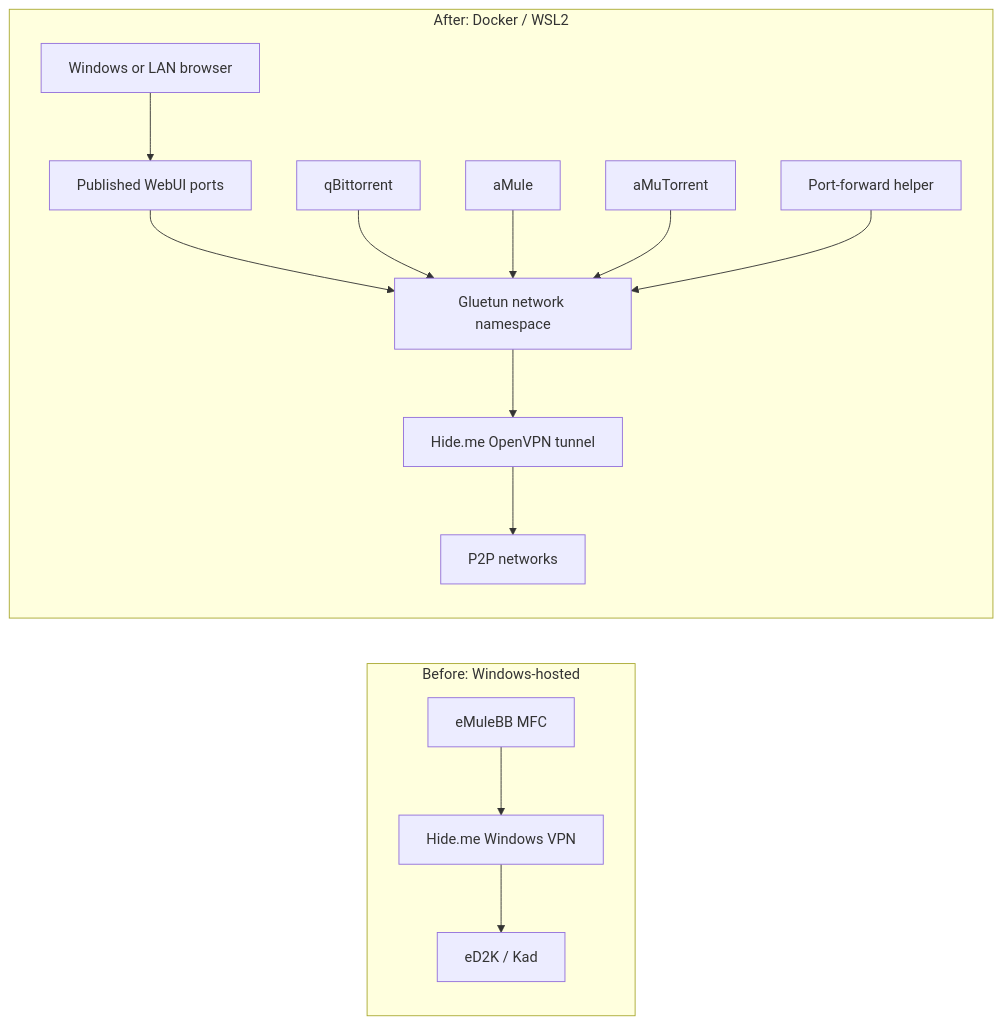
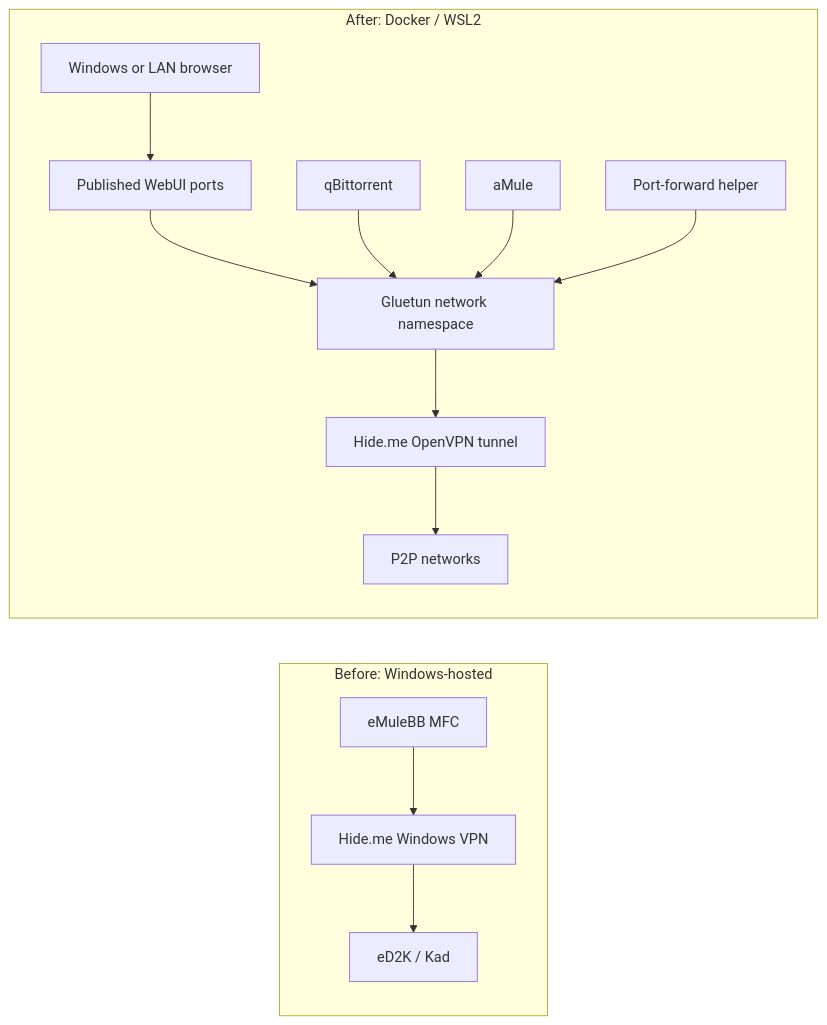
Before and after one commit to emulebb/emulebb-tooling: the diagram in docs/reference/GUIDE-DOCKER-GLUETUN-P2P-STACK.md, drawn with Mermaid. The commit also changed other lines of this file and 5 other files, not shown here.

````diff
--- a/docs/reference/GUIDE-DOCKER-GLUETUN-P2P-STACK.md
+++ b/docs/reference/GUIDE-DOCKER-GLUETUN-P2P-STACK.md
@@ -41,18 +40,17 @@
 ```mermaid
 flowchart LR
     subgraph Before["Before: Windows-hosted"]
         MFC["eMuleBB MFC"] --> WinVPN["Hide.me Windows VPN"]
         WinVPN --> Internet1["eD2K / Kad"]
     end
 
     subgraph After["After: Docker / WSL2"]
         Browser["Windows or LAN browser"] --> UI["Published WebUI ports"]
         UI --> Tunnel["Gluetun network namespace"]
         Qbit["qBittorrent"] --> Tunnel
         Amule["aMule"] --> Tunnel
-        Amutorrent["aMuTorrent"] --> Tunnel
         Forwarder["Port-forward helper"] --> Tunnel
         Tunnel --> VPN["Hide.me OpenVPN tunnel"]
         VPN --> Internet2["P2P networks"]
     end
 ```
````
